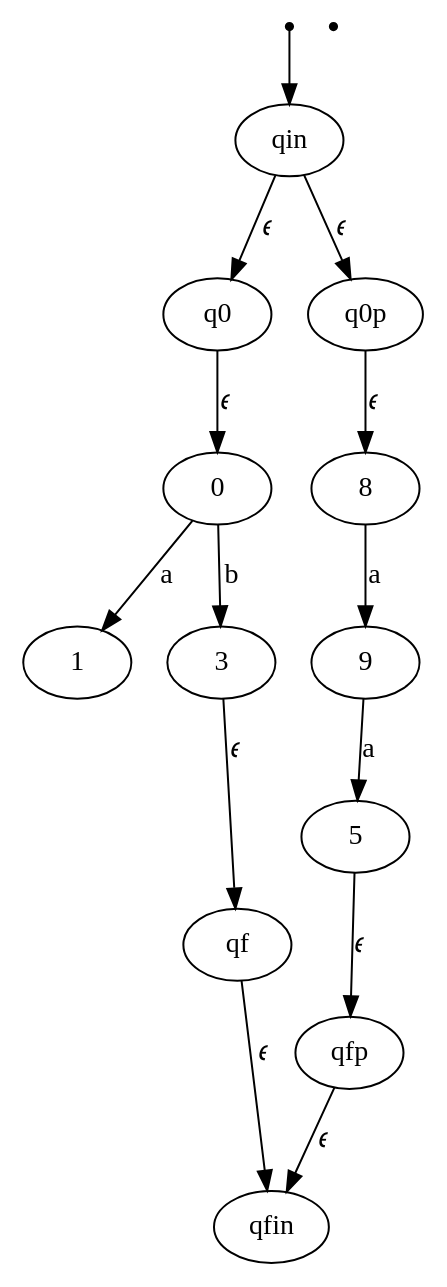
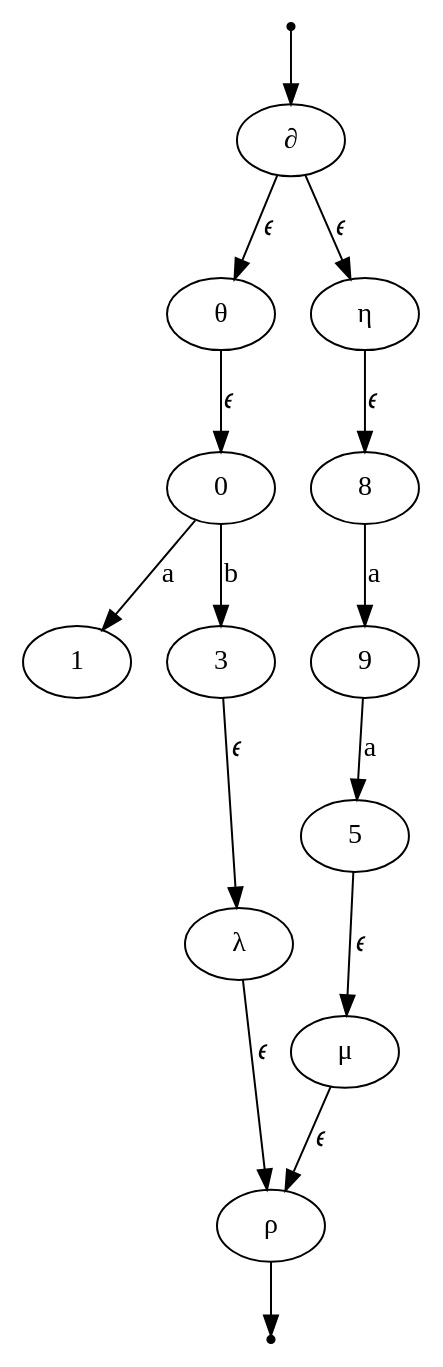
Before and after one commit to belcadilina-lab/automate: the diagram in src/resultat.dot, drawn with Graphviz. The commit also changed 3 other files, not shown here.

```diff
--- a/src/resultat.dot
+++ b/src/resultat.dot
@@ -1,17 +1,18 @@
 digraph G {
 init [shape=point];
 fin [shape=point];
-init -> qin;
-qin -> q0 [label="𝜖"] ;
-qin -> q0p [label="𝜖"] ;
-q0 -> 0 [label="𝜖"];
+init -> ∂;
+∂ -> θ [label="𝜖"] ;
+∂ -> η [label="𝜖"] ;
+θ -> 0 [label="𝜖"];
 0 -> 1 [label="a"] ;
 0 -> 3 [label="b"] ;
-q0p -> 8 [label="𝜖"];
+η -> 8 [label="𝜖"];
 8 -> 9 [label="a"] ;
 9 -> 5 [label="a"] ;
-3 -> qf [label="𝜖"];
-5 -> qfp [label="𝜖"];
-qf -> qfin [label="𝜖"];
-qfp -> qfin [label="𝜖"];
+3 -> λ [label="𝜖"];
+5 -> μ [label="𝜖"];
+λ -> ρ [label="𝜖"];
+μ -> ρ [label="𝜖"];
+ρ -> fin;
 }
```
